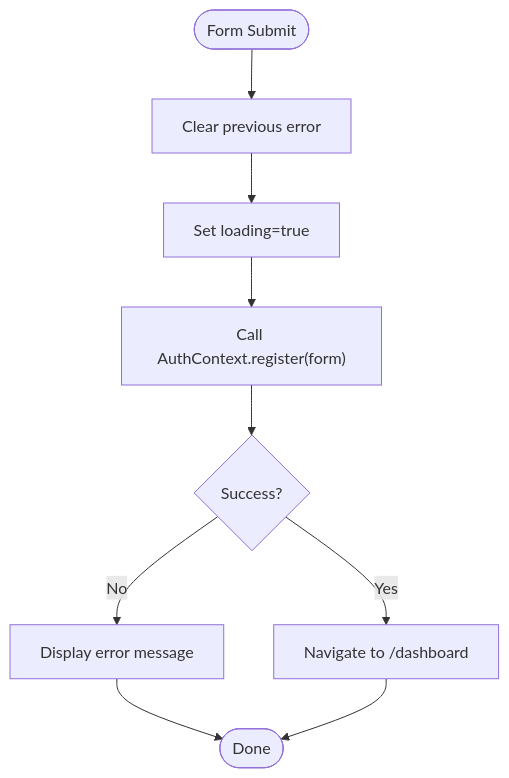
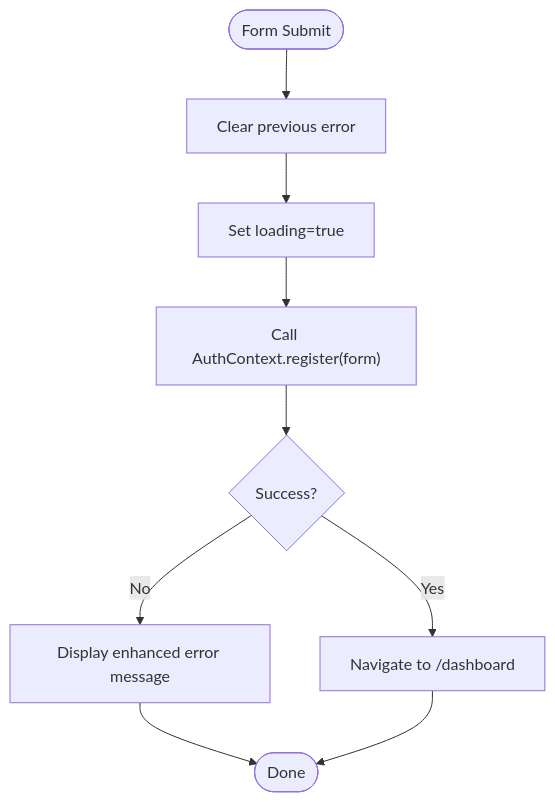
The fourth of 7 diagrams in .qoder/repowiki/en/content/Frontend Documentation/Pages and Views/User Pages/Authentication Pages.md (NaveenHiranya/Smart-Vehicle-Insurance-Claim-System), drawn with Mermaid before and after one commit. The commit also changed other lines of this file and 31 other files, not shown here.

````diff
--- a/.qoder/repowiki/en/content/Frontend Documentation/Pages and Views/User Pages/Authentication Pages.md
+++ b/.qoder/repowiki/en/content/Frontend Documentation/Pages and Views/User Pages/Authentication Pages.md
@@ -153,11 +181,11 @@
 ```mermaid
 flowchart TD
 Start(["Form Submit"]) --> ClearErr["Clear previous error"]
 ClearErr --> SetLoading["Set loading=true"]
 SetLoading --> CallRegister["Call AuthContext.register(form)"]
 CallRegister --> Success{"Success?"}
 Success --> |Yes| Navigate["Navigate to /dashboard"]
-Success --> |No| ShowError["Display error message"]
+Success --> |No| ShowError["Display enhanced error message"]
 ShowError --> Done(["Done"])
 Navigate --> Done
 ```
````
